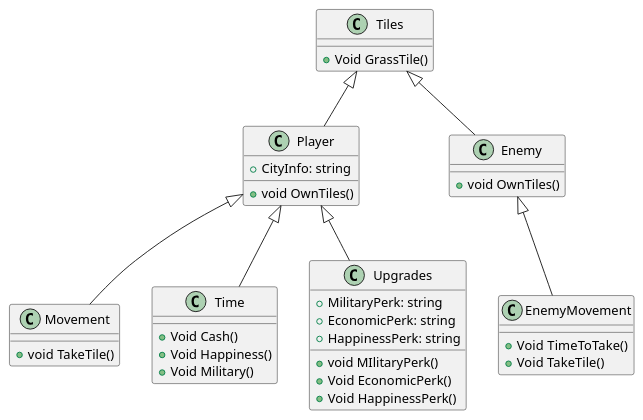
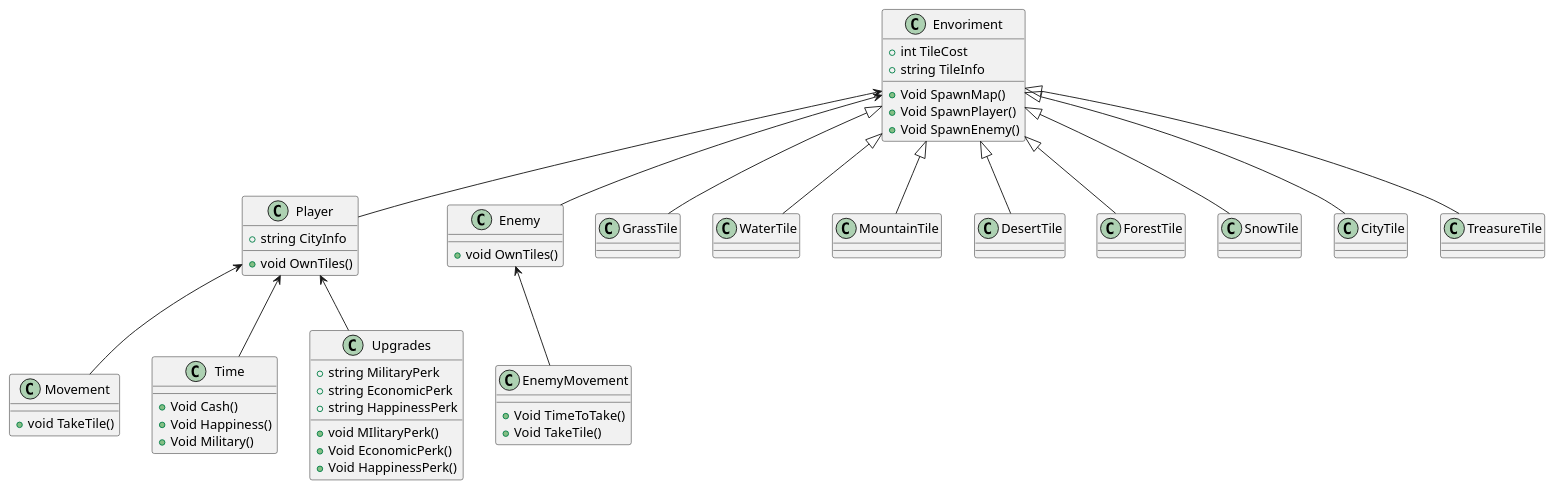
Before and after one commit to Hamsterbil/Exam-Game: the diagram in Game.puml, drawn with PlantUML.

```diff
--- a/Game.puml
+++ b/Game.puml
@@ -1,57 +1,108 @@
 @startuml
 
 
-Player <|-- Movement
-Player <|-- Time
-Player <|-- Upgrades
-Enemy <|-- EnemyMovement
-Tiles <|-- Player
-Tiles <|-- Enemy
+Player <-- Movement
+Player <-- Time
+Player <-- Upgrades
+Enemy <-- EnemyMovement
+Envoriment <-- Player
+Envoriment <-- Enemy
+Envoriment <|-- GrassTile
+Envoriment <|-- WaterTile
+Envoriment <|-- MountainTile
+Envoriment <|-- DesertTile
+Envoriment <|-- ForestTile
+Envoriment <|-- SnowTile
+Envoriment <|-- CityTile
+Envoriment <|-- TreasureTile
 
+class Envoriment
+{
+    +Void SpawnMap()
+    +Void SpawnPlayer()
+    +Void SpawnEnemy()
+
+    +int TileCost
+    +string TileInfo
+}
+
+class GrassTile
+{
+
+}
+
+class WaterTile
+{
+
+}
+
+class MountainTile
+{
+
+}
+
+class DesertTile
+{
+
+}
+
+class ForestTile
+{
+
+}
+
+class SnowTile
+{
+
+}
+
+class CityTile
+{
+
+}
+
+class TreasureTile
+{
+
+}
 class Player
 {
     +void OwnTiles()
-    +CityInfo: string
+    +string CityInfo
 }
 
 Class Movement
 {
     +void TakeTile()
 }
 
 Class EnemyMovement
 {
     +Void TimeToTake()
     +Void TakeTile()
-
 }
 
 class Upgrades
 {
-    +MilitaryPerk: string
-    +EconomicPerk: string
-    +HappinessPerk: string
+    +string MilitaryPerk
+    +string EconomicPerk
+    +string HappinessPerk
 
     +void MIlitaryPerk()
     +Void EconomicPerk()
     +Void HappinessPerk()
 }
 
 class Enemy
 {
     +void OwnTiles()
 }
 
-class Tiles
-{
-    +Void GrassTile()
-}
-
 Class Time
 {
     +Void Cash()
     +Void Happiness()
     +Void Military()
 }
 
 @enduml
```
